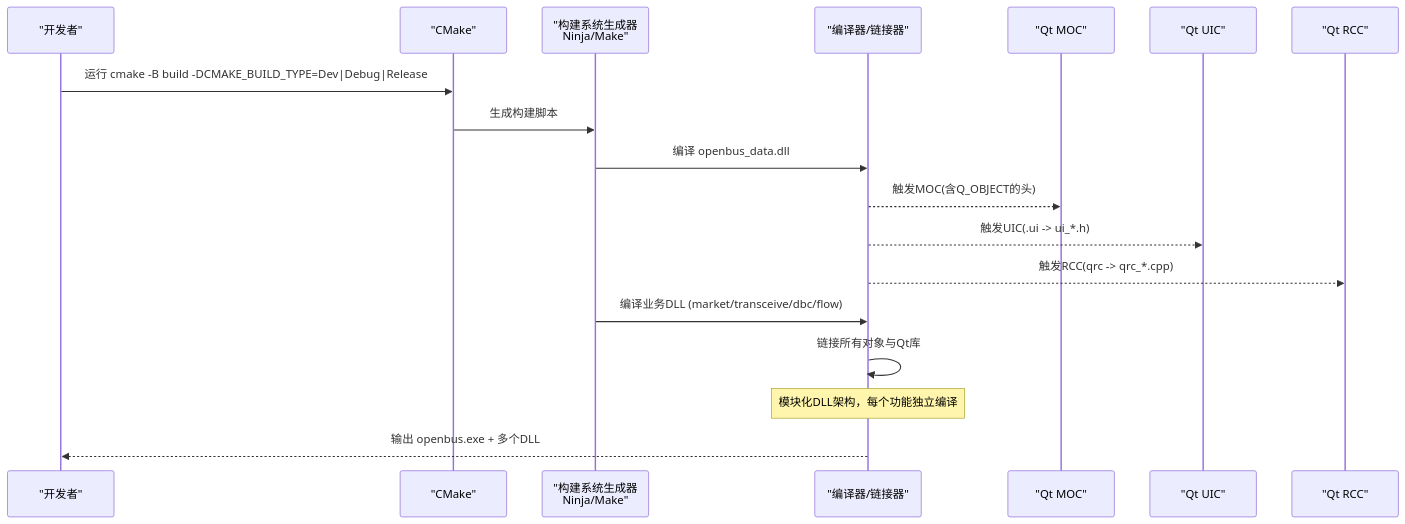
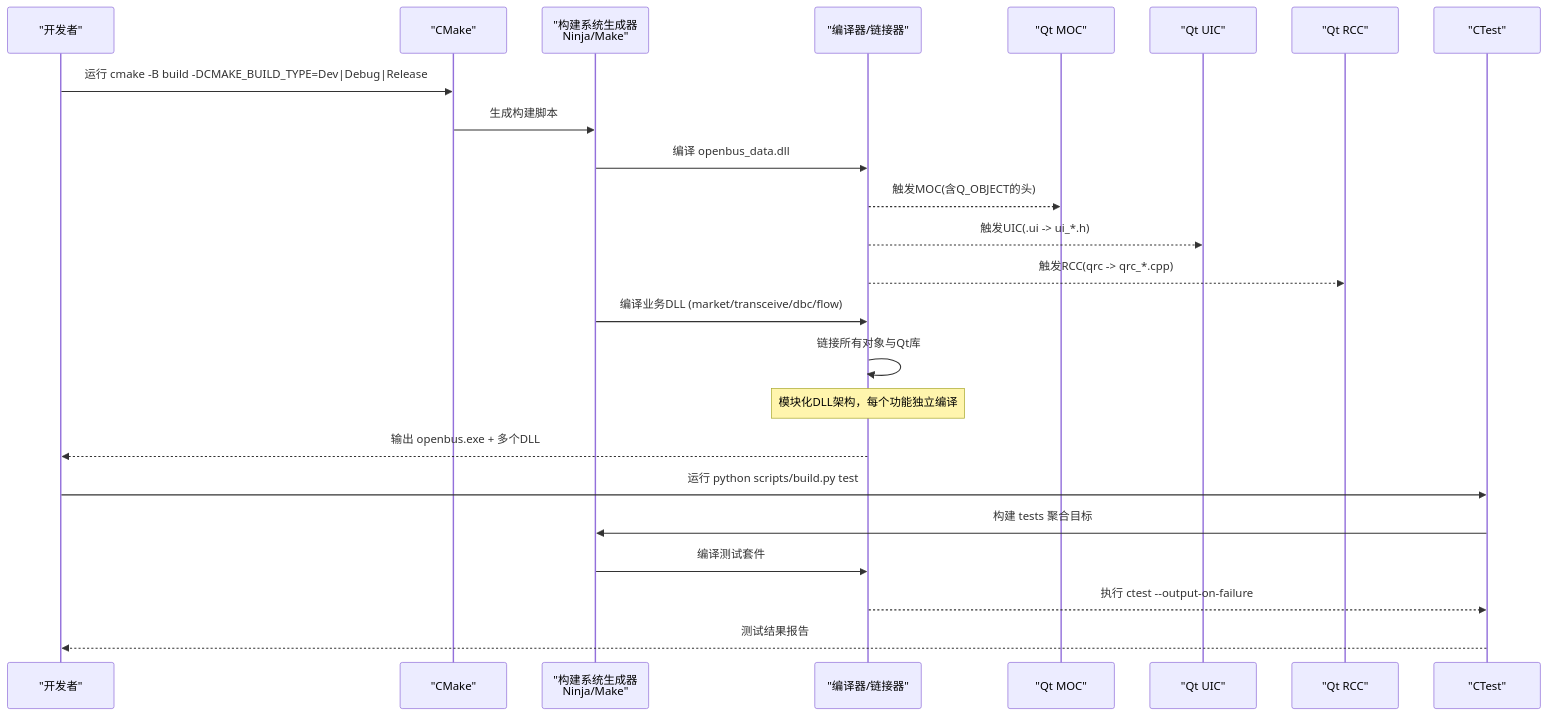
One commit to jakecai1225-design/OpenBus changed the second of 5 diagrams in .qoder/repowiki/zh/content/构建和部署/构建流程/构建流程.md. Above: the diagram before and after it, drawn with Mermaid. The commit also changed other lines of this file and 56 other files, not shown here.

Commit message:
trace graphic优化

````diff
--- a/.qoder/repowiki/zh/content/构建和部署/构建流程/构建流程.md
+++ b/.qoder/repowiki/zh/content/构建和部署/构建流程/构建流程.md
@@ -121,20 +139,26 @@
 ```mermaid
 sequenceDiagram
 participant Dev as "开发者"
 participant CMake as "CMake"
 participant Generator as "构建系统生成器<br/>Ninja/Make"
 participant CC as "编译器/链接器"
 participant MOC as "Qt MOC"
 participant UIC as "Qt UIC"
 participant RCC as "Qt RCC"
+participant Test as "CTest"
 Dev->>CMake : 运行 cmake -B build -DCMAKE_BUILD_TYPE=Dev|Debug|Release
 CMake->>Generator : 生成构建脚本
 Generator->>CC : 编译 openbus_data.dll
 CC-->>MOC : 触发MOC(含Q_OBJECT的头)
 CC-->>UIC : 触发UIC(.ui -> ui_*.h)
 CC-->>RCC : 触发RCC(qrc -> qrc_*.cpp)
 Generator->>CC : 编译业务DLL (market/transceive/dbc/flow)
 CC->>CC : 链接所有对象与Qt库
 Note over CC : 模块化DLL架构，每个功能独立编译
 CC-->>Dev : 输出 openbus.exe + 多个DLL
+Dev->>Test : 运行 python scripts/build.py test
+Test->>Generator : 构建 tests 聚合目标
+Generator->>CC : 编译测试套件
+CC-->>Test : 执行 ctest --output-on-failure
+Test-->>Dev : 测试结果报告
 ```
````
